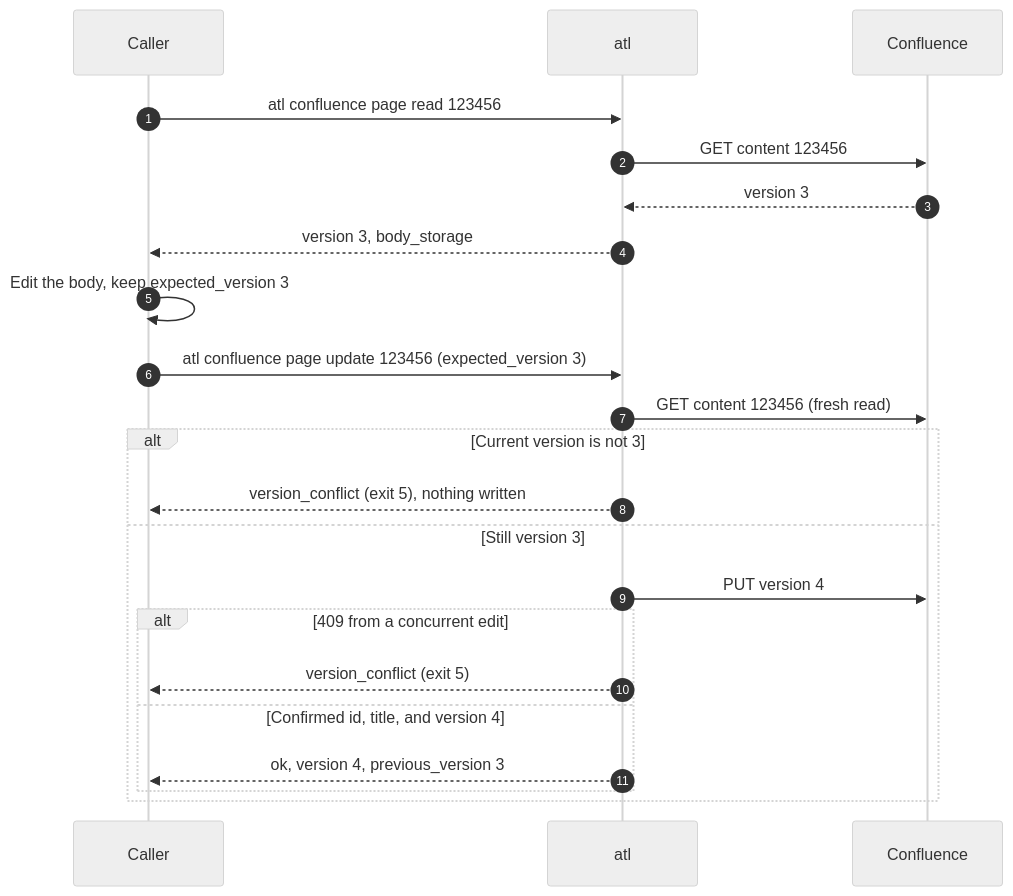
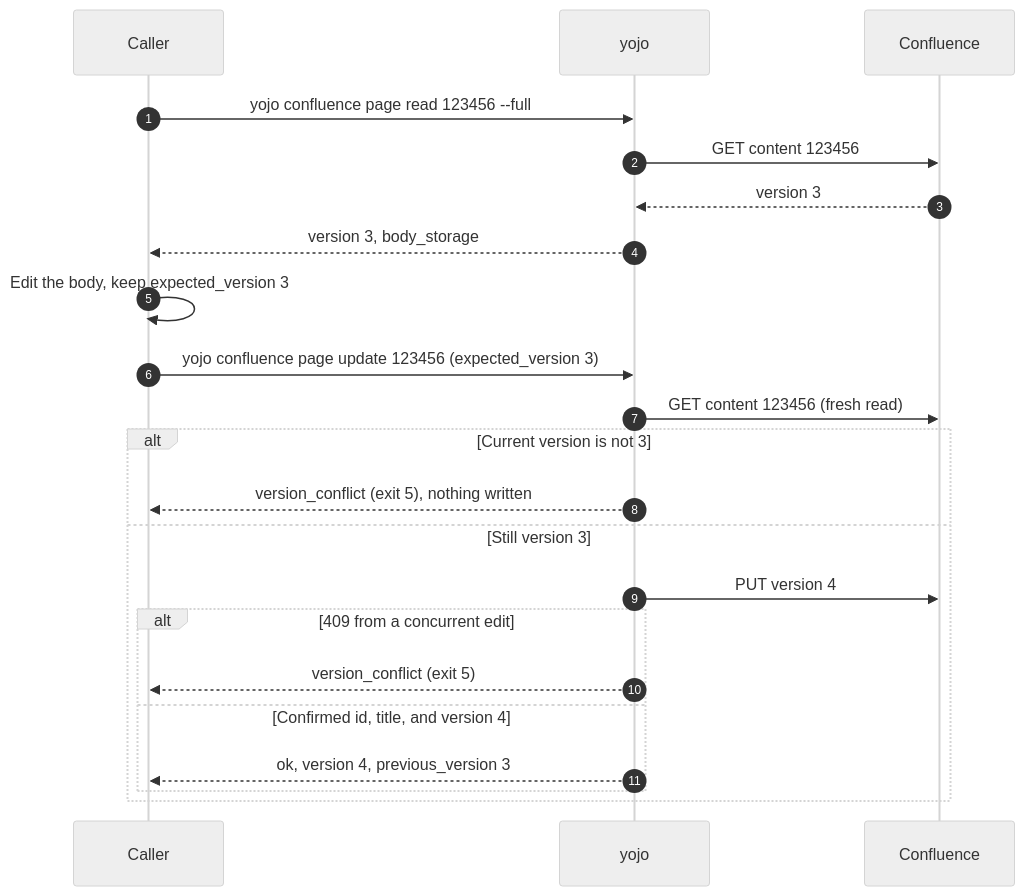
Before and after one commit to calvinware/atlass-cli: the diagram in docs/guides/confluence.md, drawn with Mermaid (neutral theme). The commit also changed other lines of this file and 80 other files, not shown here.

````diff
--- a/docs/guides/confluence.md
+++ b/docs/guides/confluence.md
@@ -88,24 +92,24 @@
 ```mermaid
 sequenceDiagram
     autonumber
     participant Caller
-    participant atl
+    participant yojo
     participant Confluence
-    Caller->>atl: atl confluence page read 123456
-    atl->>Confluence: GET content 123456
-    Confluence-->>atl: version 3
-    atl-->>Caller: version 3, body_storage
+    Caller->>yojo: yojo confluence page read 123456 --full
+    yojo->>Confluence: GET content 123456
+    Confluence-->>yojo: version 3
+    yojo-->>Caller: version 3, body_storage
     Caller->>Caller: Edit the body, keep expected_version 3
-    Caller->>atl: atl confluence page update 123456 (expected_version 3)
-    atl->>Confluence: GET content 123456 (fresh read)
+    Caller->>yojo: yojo confluence page update 123456 (expected_version 3)
+    yojo->>Confluence: GET content 123456 (fresh read)
     alt Current version is not 3
-        atl-->>Caller: version_conflict (exit 5), nothing written
+        yojo-->>Caller: version_conflict (exit 5), nothing written
     else Still version 3
-        atl->>Confluence: PUT version 4
+        yojo->>Confluence: PUT version 4
         alt 409 from a concurrent edit
-            atl-->>Caller: version_conflict (exit 5)
+            yojo-->>Caller: version_conflict (exit 5)
         else Confirmed id, title, and version 4
-            atl-->>Caller: ok, version 4, previous_version 3
+            yojo-->>Caller: ok, version 4, previous_version 3
         end
     end
 ```
````
